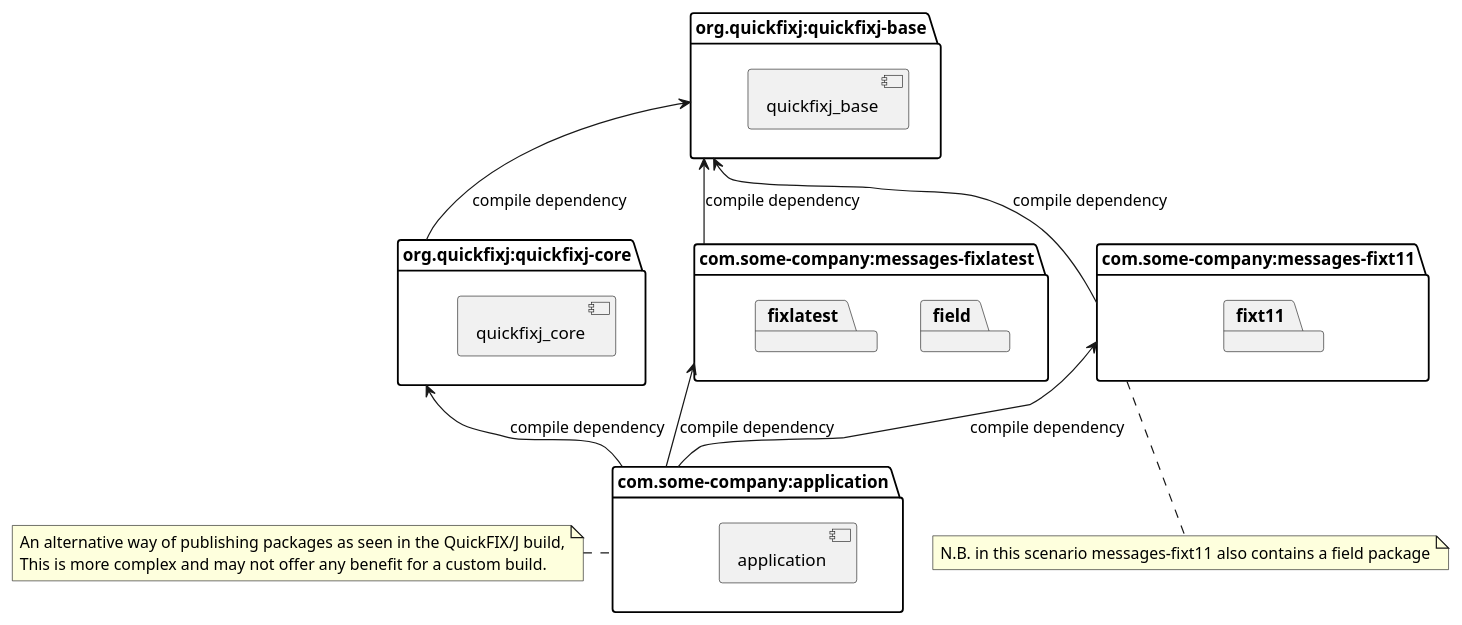
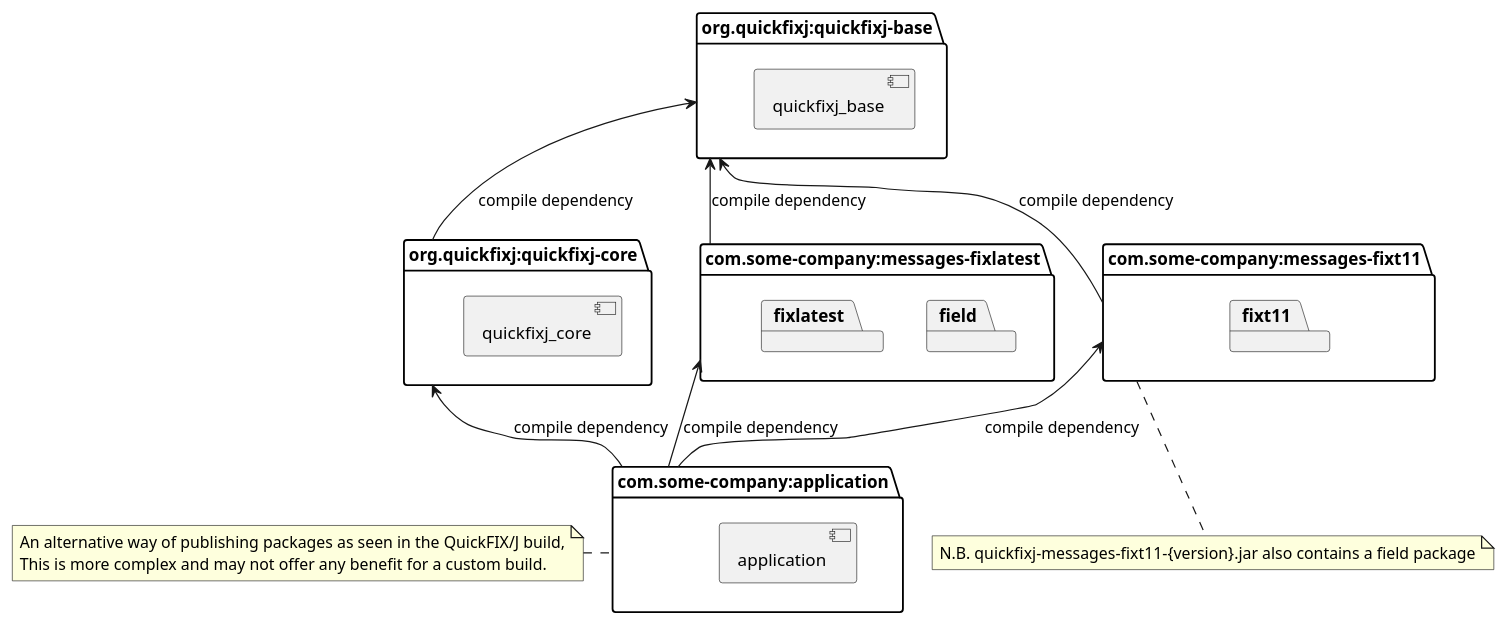
One commit to quickfix-j/quickfixj changed the diagram in src/main/puml/custom_dependencies_fixt11_fixlatest.puml. Above: the diagram before and after it, drawn with PlantUML. The commit also changed 23 other files, not shown here.

```diff
--- a/src/main/puml/custom_dependencies_fixt11_fixlatest.puml
+++ b/src/main/puml/custom_dependencies_fixt11_fixlatest.puml
@@ -1,42 +1,42 @@
 @startuml
 
 package "org.quickfixj:quickfixj-core" as core {
 component quickfixj_core
 }
 
 package "org.quickfixj:quickfixj-base"  as base {
 component quickfixj_base
 }
 
 package "com.some-company:application"  as customapp {
 component application
 }
 
 package "com.some-company:messages-fixlatest"  as customfixlatest {
 package field
 package fixlatest
 }
 
 package "com.some-company:messages-fixt11"  as customfixt11 {
 package fixt11
 }
 
 note left of customapp
 An alternative way of publishing packages as seen in the QuickFIX/J build,
 This is more complex and may not offer any benefit for a custom build.
 end note
 
 note bottom of  customfixt11
-N.B. in this scenario messages-fixt11 also contains a field package
+N.B. quickfixj-messages-fixt11-{version}.jar also contains a field package
 end note
 
 core -up-> base : compile dependency
 
 customfixlatest -up-> base : compile dependency
 customfixt11 -up-> base : compile dependency
 
 customapp -up-> core : compile dependency
 customapp -up-> customfixt11 : compile dependency
 customapp -up-> customfixlatest : compile dependency
 
 @enduml
```
